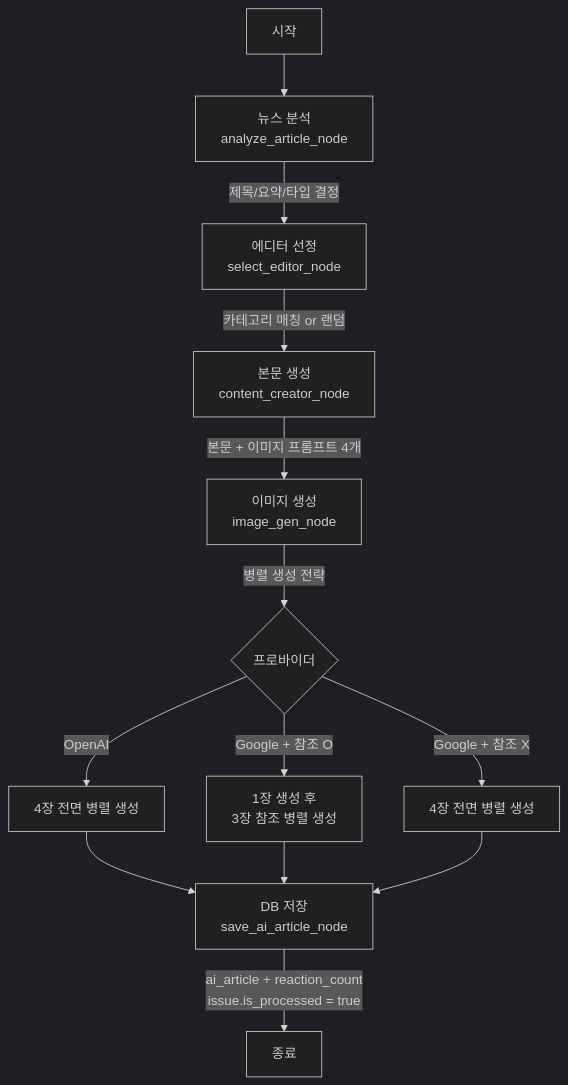
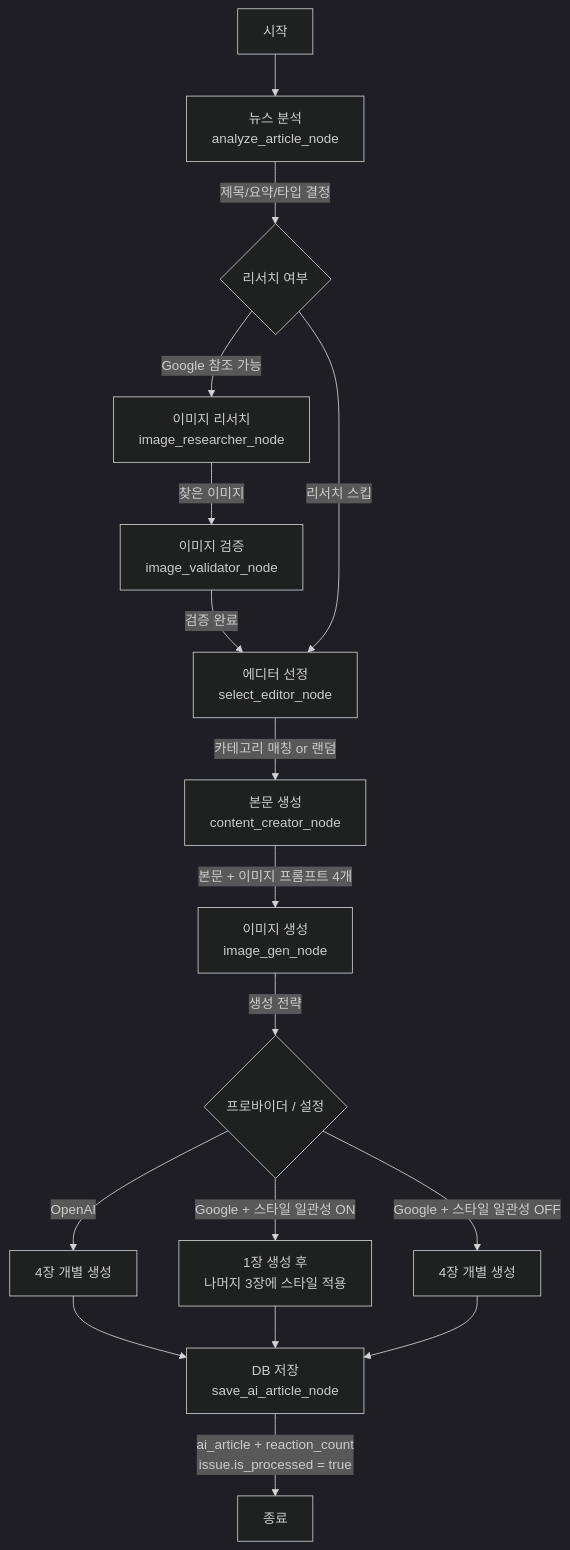
Before and after one commit to team-leekim/newsnack-ai: the second of 3 diagrams in README.md, drawn with Mermaid (dark theme). The commit also changed other lines of this file, not shown here.

Commit message:
docs: 리서치 에이전트 도입에 따른 파이프라인 개념도 및 설명 업데이트

````diff
--- a/README.md
+++ b/README.md
@@ -64,18 +68,24 @@
 ```mermaid
 graph TD
     Start[시작] --> Analyze[뉴스 분석<br/>analyze_article_node]
-    Analyze --> |제목/요약/타입 결정| SelectEditor[에디터 선정<br/>select_editor_node]
+    Analyze --> |제목/요약/타입 결정| CheckResearch{리서치 여부}
+    
+    CheckResearch --> |Google 참조 가능| ImageResearcher[이미지 리서치<br/>image_researcher_node]
+    ImageResearcher --> |찾은 이미지| ImageValidator[이미지 검증<br/>image_validator_node]
+    ImageValidator --> |검증 완료| SelectEditor[에디터 선정<br/>select_editor_node]
+    
+    CheckResearch --> |리서치 스킵| SelectEditor
     SelectEditor --> |카테고리 매칭 or 랜덤| ContentCreator[본문 생성<br/>content_creator_node]
     ContentCreator --> |본문 + 이미지 프롬프트 4개| ImageGen[이미지 생성<br/>image_gen_node]
     
-    ImageGen --> |병렬 생성 전략| ImageStrategy{프로바이더}
-    ImageStrategy --> |OpenAI| OpenAI[4장 전면 병렬 생성]
-    ImageStrategy --> |Google + 참조 O| GoogleRef[1장 생성 후<br/>3장 참조 병렬 생성]
-    ImageStrategy --> |Google + 참조 X| GoogleNoRef[4장 전면 병렬 생성]
+    ImageGen --> |생성 전략| ImageStrategy{프로바이더 / 설정}
+    ImageStrategy --> |OpenAI| OpenAI[4장 개별 생성]
+    ImageStrategy --> |Google + 스타일 일관성 OFF| GoogleNoRef[4장 개별 생성]
+    ImageStrategy --> |Google + 스타일 일관성 ON| GoogleRef[1장 생성 후<br/>나머지 3장에 스타일 적용]
     
     OpenAI --> Save[DB 저장<br/>save_ai_article_node]
     GoogleRef --> Save
     GoogleNoRef --> Save
     
     Save --> |ai_article + reaction_count<br/>issue.is_processed = true| End[종료]
 ```
````
